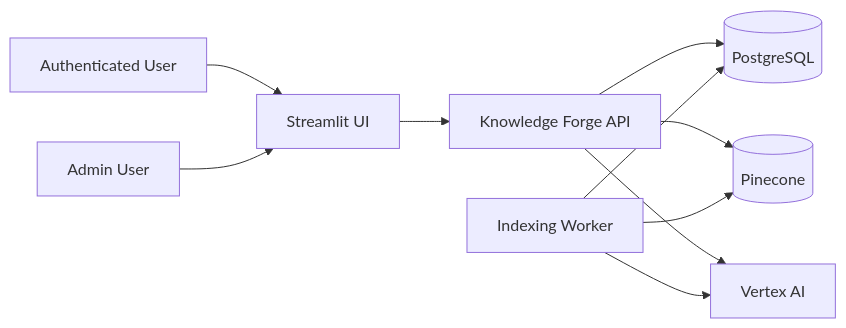
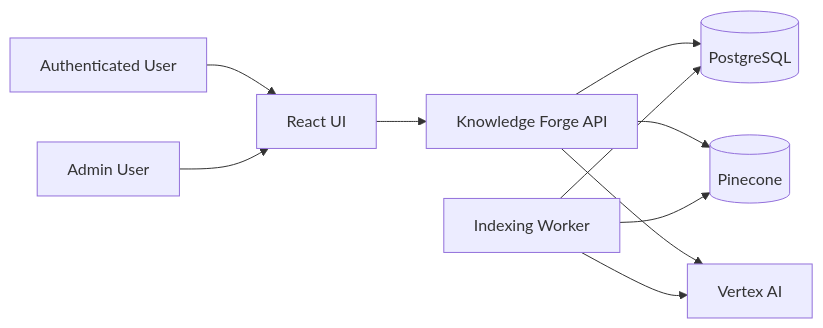
Before and after one commit to tarunngusain08/knowledge-forge: the first of 9 diagrams in docs/03-usecases-sequence-diagrams.md, drawn with Mermaid. The commit also changed other lines of this file and 13 other files, not shown here.

````diff
--- a/docs/03-usecases-sequence-diagrams.md
+++ b/docs/03-usecases-sequence-diagrams.md
@@ -5,21 +5,21 @@
 ```mermaid
 flowchart LR
   User[Authenticated User]
   Admin[Admin User]
   API[Knowledge Forge API]
   Worker[Indexing Worker]
   PG[(PostgreSQL)]
   Pinecone[(Pinecone)]
   Vertex[Vertex AI]
-  UI[Streamlit UI]
+  UI[React UI]
 
   User --> UI
   Admin --> UI
   UI --> API
   API --> PG
   Worker --> PG
   API --> Pinecone
   Worker --> Pinecone
   API --> Vertex
   Worker --> Vertex
 ```
````
